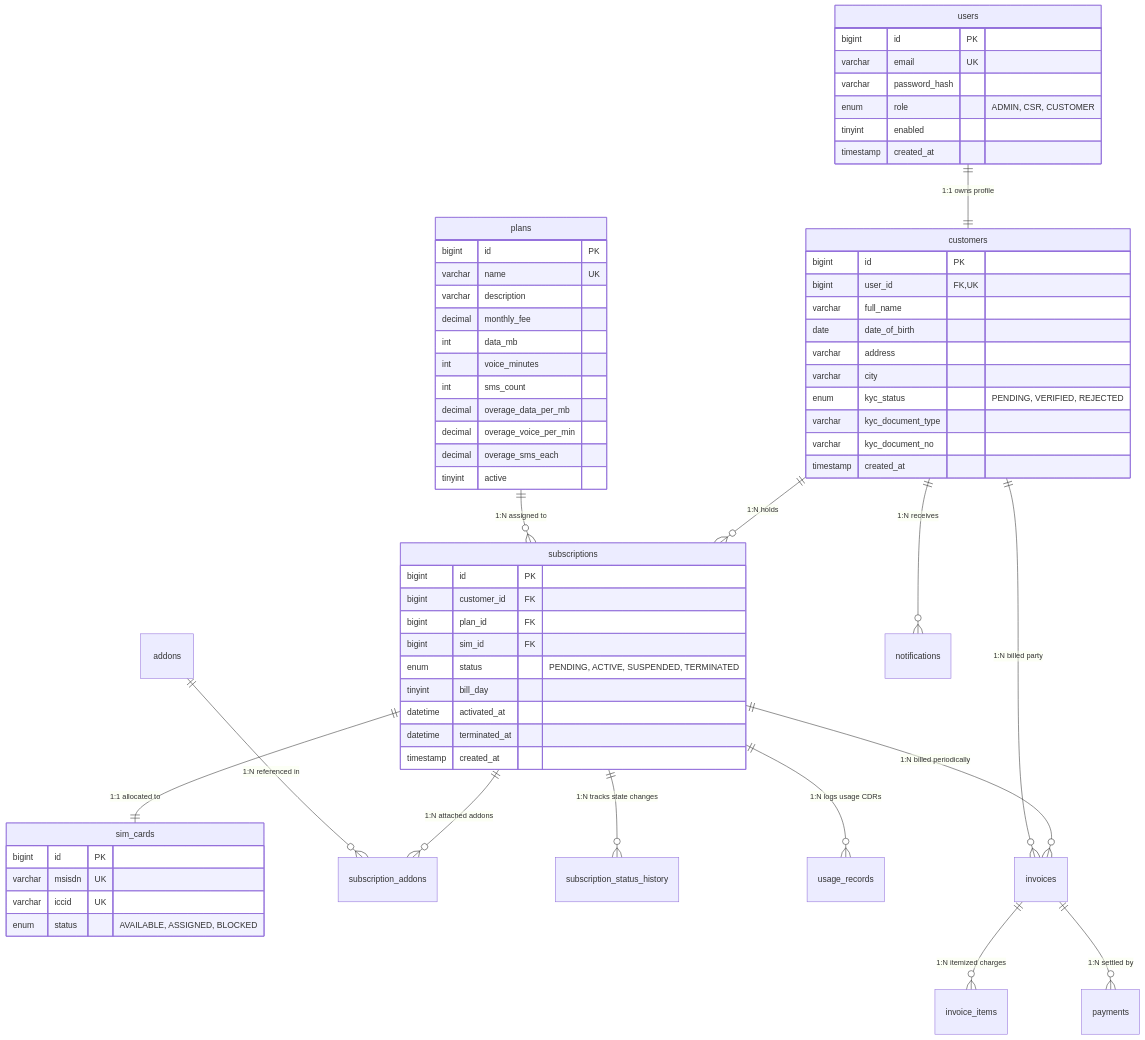
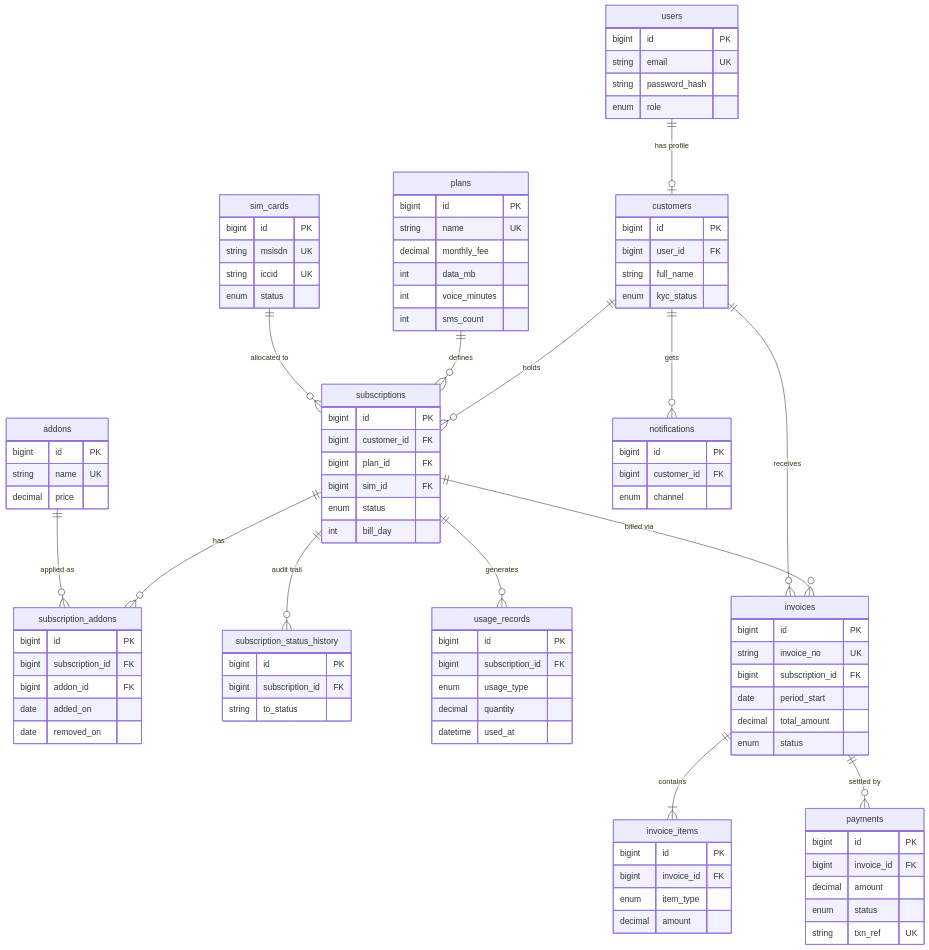
One commit to Yojitkataria/telecom-bss-platform changed the third of 3 diagrams in DESIGN.md. Above: the diagram before and after it, drawn with Mermaid. The commit also changed other lines of this file, not shown here.

Commit message:
docs: complete design document with architecture, billing rules and interview notes

````diff
--- a/DESIGN.md
+++ b/DESIGN.md
@@ -119,71 +137,75 @@
 ```mermaid
 erDiagram
-    users ||--|| customers : "1:1 owns profile"
-    customers ||--o{ subscriptions : "1:N holds"
-    plans ||--o{ subscriptions : "1:N assigned to"
-    subscriptions ||--|| sim_cards : "1:1 allocated to"
-    subscriptions ||--o{ subscription_addons : "1:N attached addons"
-    addons ||--o{ subscription_addons : "1:N referenced in"
-    subscriptions ||--o{ subscription_status_history : "1:N tracks state changes"
-    subscriptions ||--o{ usage_records : "1:N logs usage CDRs"
-    subscriptions ||--o{ invoices : "1:N billed periodically"
-    customers ||--o{ invoices : "1:N billed party"
-    invoices ||--o{ invoice_items : "1:N itemized charges"
-    invoices ||--o{ payments : "1:N settled by"
-    customers ||--o{ notifications : "1:N receives"
+    users ||--o| customers : "has profile"
+    customers ||--o{ subscriptions : "holds"
+    plans ||--o{ subscriptions : "defines"
+    sim_cards ||--o{ subscriptions : "allocated to"
+    subscriptions ||--o{ subscription_addons : "has"
+    addons ||--o{ subscription_addons : "applied as"
+    subscriptions ||--o{ subscription_status_history : "audit trail"
+    subscriptions ||--o{ usage_records : "generates"
+    subscriptions ||--o{ invoices : "billed via"
+    customers ||--o{ invoices : "receives"
+    invoices ||--|{ invoice_items : "contains"
+    invoices ||--o{ payments : "settled by"
+    customers ||--o{ notifications : "gets"
 
-    users {
-        bigint id PK
-        varchar email UK
-        varchar password_hash
-        enum role "ADMIN, CSR, CUSTOMER"
-        tinyint enabled
-        timestamp created_at
-    }
-
-    customers {
-        bigint id PK
-        bigint user_id FK,UK
-        varchar full_name
-        date date_of_birth
-        varchar address
-        varchar city
-        enum kyc_status "PENDING, VERIFIED, REJECTED"
-        varchar kyc_document_type
-        varchar kyc_document_no
-        timestamp created_at
-    }
-
-    sim_cards {
-        bigint id PK
-        varchar msisdn UK
-        varchar iccid UK
-        enum status "AVAILABLE, ASSIGNED, BLOCKED"
-    }
-
-    plans {
-        bigint id PK
-        varchar name UK
-        varchar description
-        decimal monthly_fee
-        int data_mb
-        int voice_minutes
-        int sms_count
-        decimal overage_data_per_mb
-        decimal overage_voice_per_min
-        decimal overage_sms_each
-        tinyint active
-    }
-
-    subscriptions {
-        bigint id PK
-        bigint customer_id FK
-        bigint plan_id FK
-        bigint sim_id FK
-        enum status "PENDING, ACTIVE, SUSPENDED, TERMINATED"
-        tinyint bill_day
-        datetime activated_at
-        datetime terminated_at
-        timestamp created_at
-    }
+    users { bigint id PK
+            string email UK
+            string password_hash
+            enum role }
+    customers { bigint id PK
+                bigint user_id FK
+                string full_name
+                enum kyc_status }
+    sim_cards { bigint id PK
+                string msisdn UK
+                string iccid UK
+                enum status }
+    plans { bigint id PK
+            string name UK
+            decimal monthly_fee
+            int data_mb
+            int voice_minutes
+            int sms_count }
+    addons { bigint id PK
+             string name UK
+             decimal price }
+    subscriptions { bigint id PK
+                    bigint customer_id FK
+                    bigint plan_id FK
+                    bigint sim_id FK
+                    enum status
+                    int bill_day }
+    subscription_addons { bigint id PK
+                          bigint subscription_id FK
+                          bigint addon_id FK
+                          date added_on
+                          date removed_on }
+    usage_records { bigint id PK
+                    bigint subscription_id FK
+                    enum usage_type
+                    decimal quantity
+                    datetime used_at }
+    invoices { bigint id PK
+               string invoice_no UK
+               bigint subscription_id FK
+               date period_start
+               decimal total_amount
+               enum status }
+    invoice_items { bigint id PK
+                    bigint invoice_id FK
+                    enum item_type
+                    decimal amount }
+    payments { bigint id PK
+               bigint invoice_id FK
+               decimal amount
+               enum status
+               string txn_ref UK }
+    notifications { bigint id PK
+                    bigint customer_id FK
+                    enum channel }
+    subscription_status_history { bigint id PK
+                                  bigint subscription_id FK
+                                  string to_status }
 ```
````
